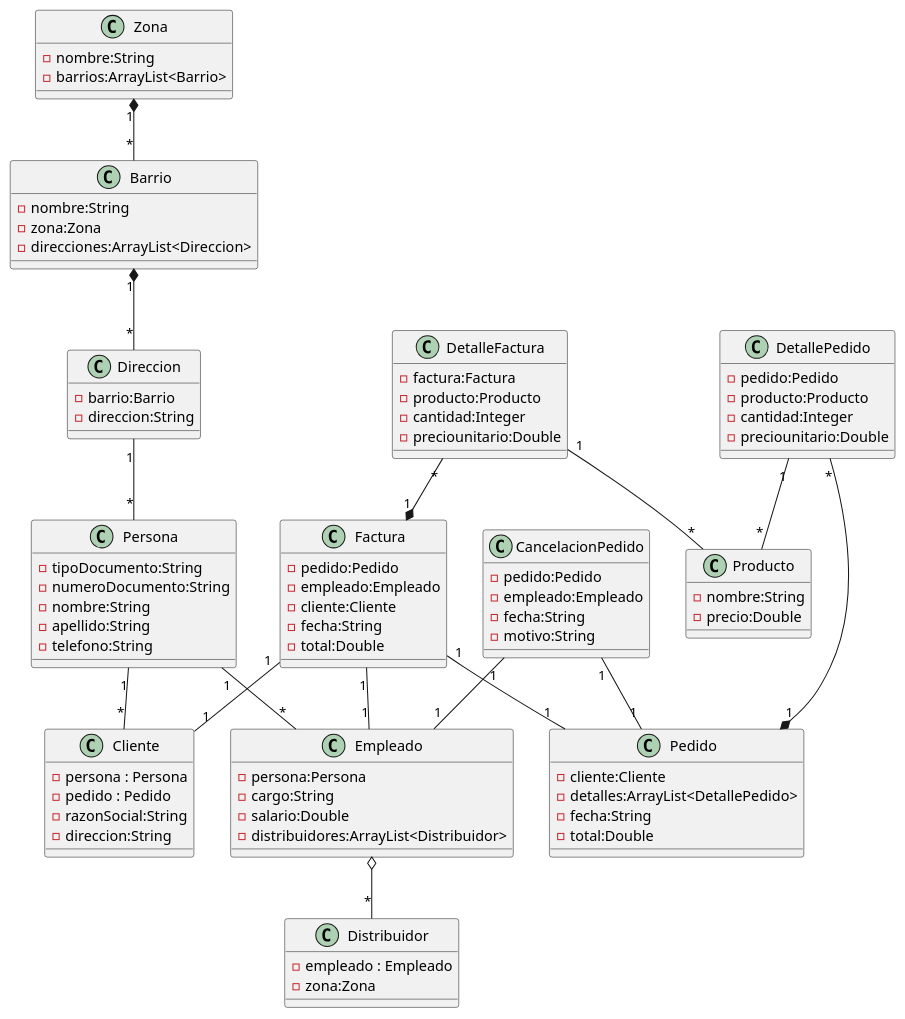
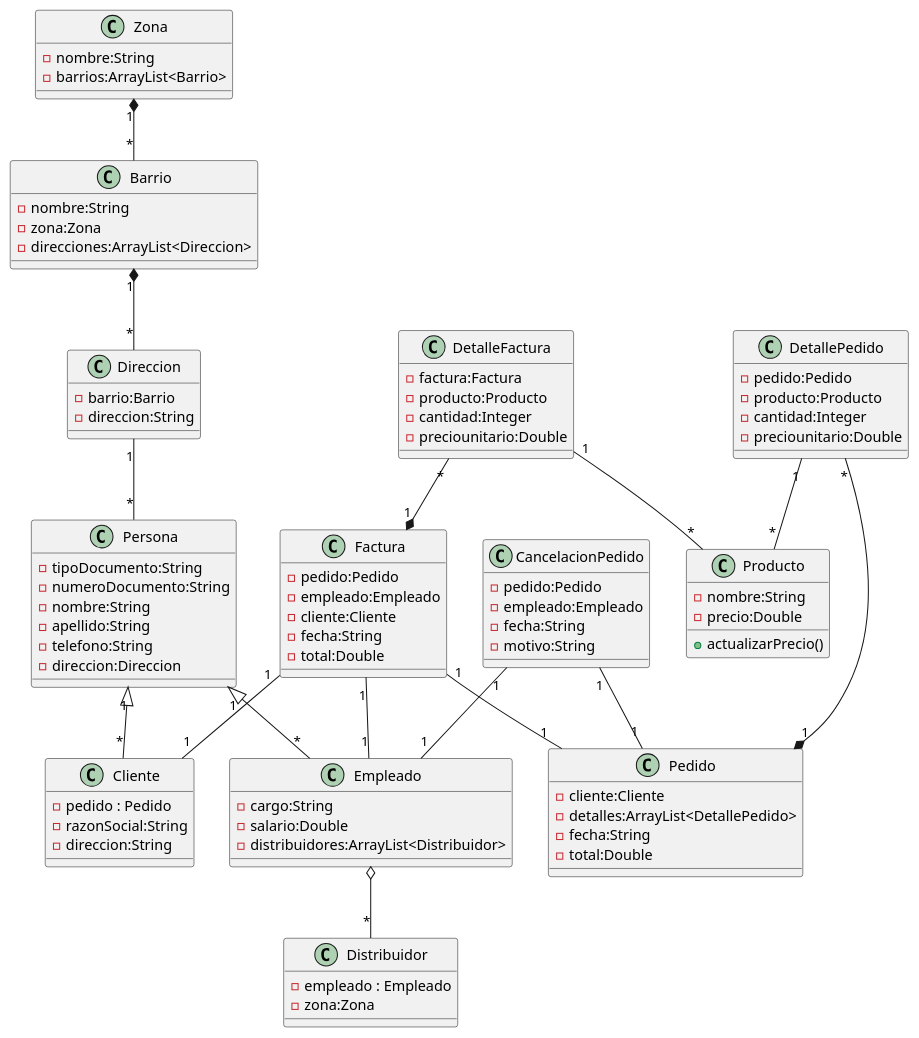
Before and after one commit to JesusOliveto/DOO: the diagram in CLASESDOO.puml, drawn with PlantUML.

Commit message:
herencias

```diff
--- a/CLASESDOO.puml
+++ b/CLASESDOO.puml
@@ -3,126 +3,128 @@
 @startuml Clases
 
 class Cliente{
-    -persona : Persona
     -pedido : Pedido
     -razonSocial:String
 	-direccion:String
 
 
 }
 
 class Persona{
 	-tipoDocumento:String
 	-numeroDocumento:String
 	-nombre:String
 	-apellido:String
 	-telefono:String
+	-direccion:Direccion
 
 }
 
+
+
 class Empleado{
-    -persona:Persona
     -cargo:String
     -salario:Double
 	-distribuidores:ArrayList<Distribuidor>
 
 }
 
 class Distribuidor{
 	-empleado : Empleado
 	-zona:Zona
 }
 
 
 class Direccion{
     -barrio:Barrio
     -direccion:String
 
 }
 
 class Barrio{
 	-nombre:String
 	-zona:Zona
 	-direcciones:ArrayList<Direccion>
 
 }
 
 class Zona{
 	-nombre:String
 	-barrios:ArrayList<Barrio>
 
 }
 
 
 class Pedido{
 	-cliente:Cliente
 	-detalles:ArrayList<DetallePedido>
 	-fecha:String
 	-total:Double
 
 }
 
 class DetallePedido{
 	-pedido:Pedido
 	-producto:Producto
 	-cantidad:Integer
 	-preciounitario:Double
 
 }
 
 class Producto{
 	-nombre:String
 	-precio:Double
+	+actualizarPrecio()
 
 }
 
 class Factura{
 	-pedido:Pedido
 	-empleado:Empleado
 	-cliente:Cliente
 	-fecha:String
 	-total:Double
 
 
 }
 
 class DetalleFactura{
 	-factura:Factura
 	-producto:Producto
 	-cantidad:Integer
 	-preciounitario:Double
 
 }
 
 class CancelacionPedido{
 	-pedido:Pedido
 	-empleado:Empleado
 	-fecha:String
 	-motivo:String
 
 }
 
 
 
-Persona "1"--"*" Empleado
+Persona "1"<|--"*" Empleado
 Empleado o--"*" Distribuidor
-Persona "1"--"*" Cliente
+Persona "1"<|--"*" Cliente
 Barrio "1"*--"*" Direccion
 Zona "1"*--"*" Barrio
 Direccion "1"--"*" Persona
 
 DetallePedido "1"--"*" Producto
 Factura "1"--"1" Pedido
 Factura "1"--"1" Empleado
 Factura "1"--"1" Cliente
 DetalleFactura "*"--*"1" Factura
 DetallePedido "*"--*"1" Pedido
 DetalleFactura "1"--"*" Producto
 CancelacionPedido "1"--"1" Pedido
 CancelacionPedido "1"--"1" Empleado
 
 
 
 
 
 @enduml
```
